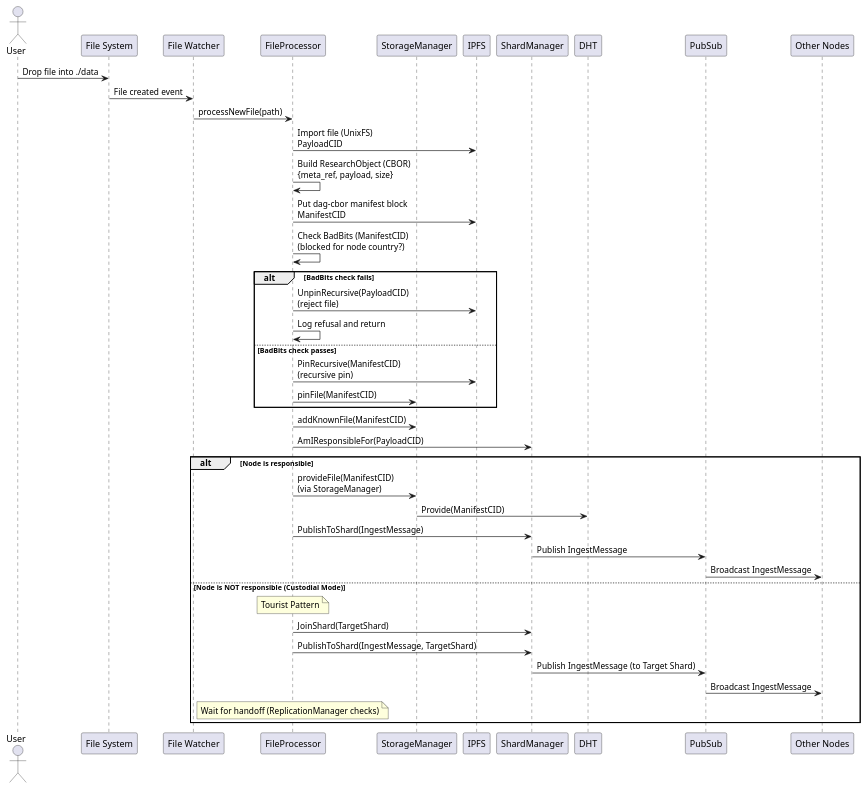
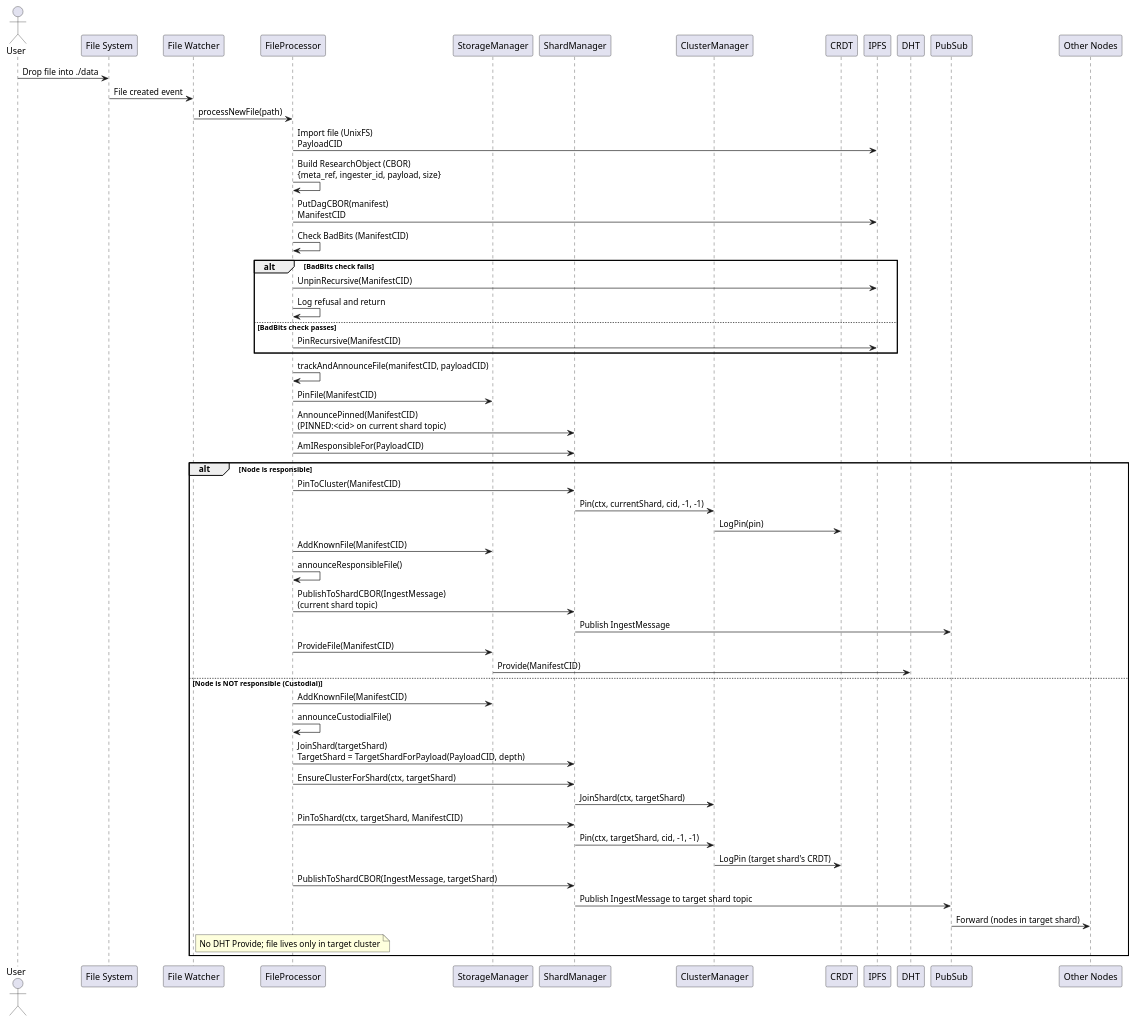
The diagram in docs/file_ingestion_sequence.puml (gipplab/D-LOCKSS), drawn with PlantUML before and after one commit. The commit also changed 65 other files, not shown here.

```diff
--- a/docs/file_ingestion_sequence.puml
+++ b/docs/file_ingestion_sequence.puml
@@ -1,49 +1,61 @@
 @startuml File Ingestion Sequence
 
 actor User
 participant "File System" as FS
 participant "File Watcher" as Watcher
 participant "FileProcessor" as FileOps
 participant "StorageManager" as Storage
+participant "ShardManager" as ShardMgr
+participant "ClusterManager" as ClusterMgr
+participant "CRDT" as CRDT
 participant "IPFS" as IPFS
-participant "ShardManager" as ShardMgr
 participant "DHT" as DHT
 participant "PubSub" as PubSub
 participant "Other Nodes" as Nodes
 
 User -> FS: Drop file into ./data
 FS -> Watcher: File created event
 Watcher -> FileOps: processNewFile(path)
 
 FileOps -> IPFS: Import file (UnixFS)\nPayloadCID
-FileOps -> FileOps: Build ResearchObject (CBOR)\n{meta_ref, payload, size}
-FileOps -> IPFS: Put dag-cbor manifest block\nManifestCID
-FileOps -> FileOps: Check BadBits (ManifestCID)\n(blocked for node country?)
+FileOps -> FileOps: Build ResearchObject (CBOR)\n{meta_ref, ingester_id, payload, size}
+FileOps -> IPFS: PutDagCBOR(manifest)\nManifestCID
+FileOps -> FileOps: Check BadBits (ManifestCID)
 alt BadBits check fails
-    FileOps -> IPFS: UnpinRecursive(PayloadCID)\n(reject file)
+    FileOps -> IPFS: UnpinRecursive(ManifestCID)
     FileOps -> FileOps: Log refusal and return
 else BadBits check passes
-    FileOps -> IPFS: PinRecursive(ManifestCID)\n(recursive pin)
-    FileOps -> Storage: pinFile(ManifestCID)
+    FileOps -> IPFS: PinRecursive(ManifestCID)
 end
 
-FileOps -> Storage: addKnownFile(ManifestCID)
-
+FileOps -> FileOps: trackAndAnnounceFile(manifestCID, payloadCID)
+FileOps -> Storage: PinFile(ManifestCID)
+FileOps -> ShardMgr: AnnouncePinned(ManifestCID)\n(PINNED:<cid> on current shard topic)
 FileOps -> ShardMgr: AmIResponsibleFor(PayloadCID)
 
 alt Node is responsible
-    FileOps -> Storage: provideFile(ManifestCID)\n(via StorageManager)
+    FileOps -> ShardMgr: PinToCluster(ManifestCID)
+    ShardMgr -> ClusterMgr: Pin(ctx, currentShard, cid, -1, -1)
+    ClusterMgr -> CRDT: LogPin(pin)
+    FileOps -> Storage: AddKnownFile(ManifestCID)
+    FileOps -> FileOps: announceResponsibleFile()
+    FileOps -> ShardMgr: PublishToShardCBOR(IngestMessage)\n(current shard topic)
+    ShardMgr -> PubSub: Publish IngestMessage
+    FileOps -> Storage: ProvideFile(ManifestCID)
     Storage -> DHT: Provide(ManifestCID)
-    FileOps -> ShardMgr: PublishToShard(IngestMessage)
-    ShardMgr -> PubSub: Publish IngestMessage
-    PubSub -> Nodes: Broadcast IngestMessage
-else Node is NOT responsible (Custodial Mode)
-    Note over FileOps: Tourist Pattern
-    FileOps -> ShardMgr: JoinShard(TargetShard)
-    FileOps -> ShardMgr: PublishToShard(IngestMessage, TargetShard)
-    ShardMgr -> PubSub: Publish IngestMessage (to Target Shard)
-    PubSub -> Nodes: Broadcast IngestMessage
-    Note over FileOps: Wait for handoff (ReplicationManager checks)
+else Node is NOT responsible (Custodial)
+    FileOps -> Storage: AddKnownFile(ManifestCID)
+    FileOps -> FileOps: announceCustodialFile()
+    FileOps -> ShardMgr: JoinShard(targetShard)\nTargetShard = TargetShardForPayload(PayloadCID, depth)
+    FileOps -> ShardMgr: EnsureClusterForShard(ctx, targetShard)
+    ShardMgr -> ClusterMgr: JoinShard(ctx, targetShard)
+    FileOps -> ShardMgr: PinToShard(ctx, targetShard, ManifestCID)
+    ShardMgr -> ClusterMgr: Pin(ctx, targetShard, cid, -1, -1)
+    ClusterMgr -> CRDT: LogPin (target shard's CRDT)
+    FileOps -> ShardMgr: PublishToShardCBOR(IngestMessage, targetShard)
+    ShardMgr -> PubSub: Publish IngestMessage to target shard topic
+    PubSub -> Nodes: Forward (nodes in target shard)
+    Note over FileOps: No DHT Provide; file lives only in target cluster
 end
 
 @enduml
```
